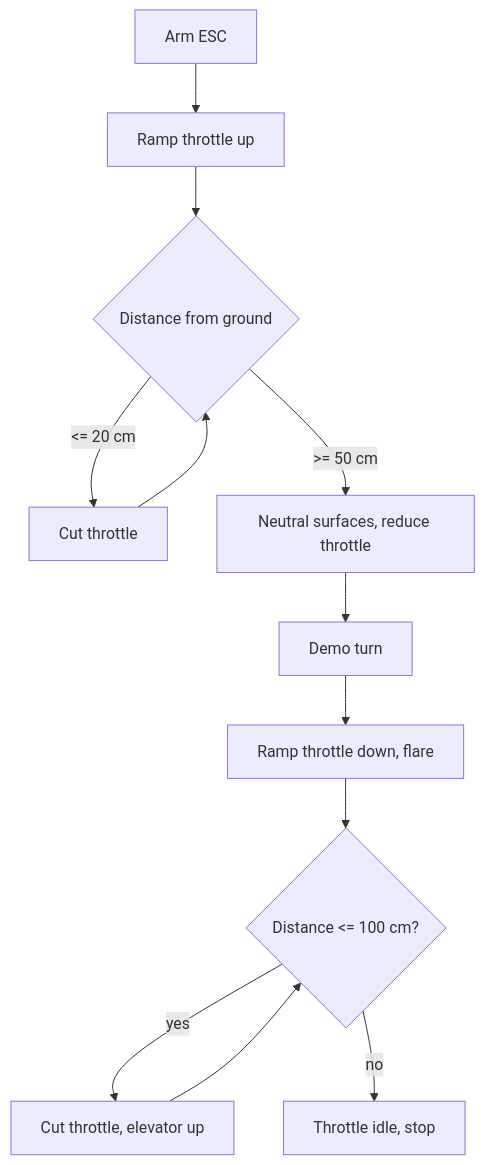
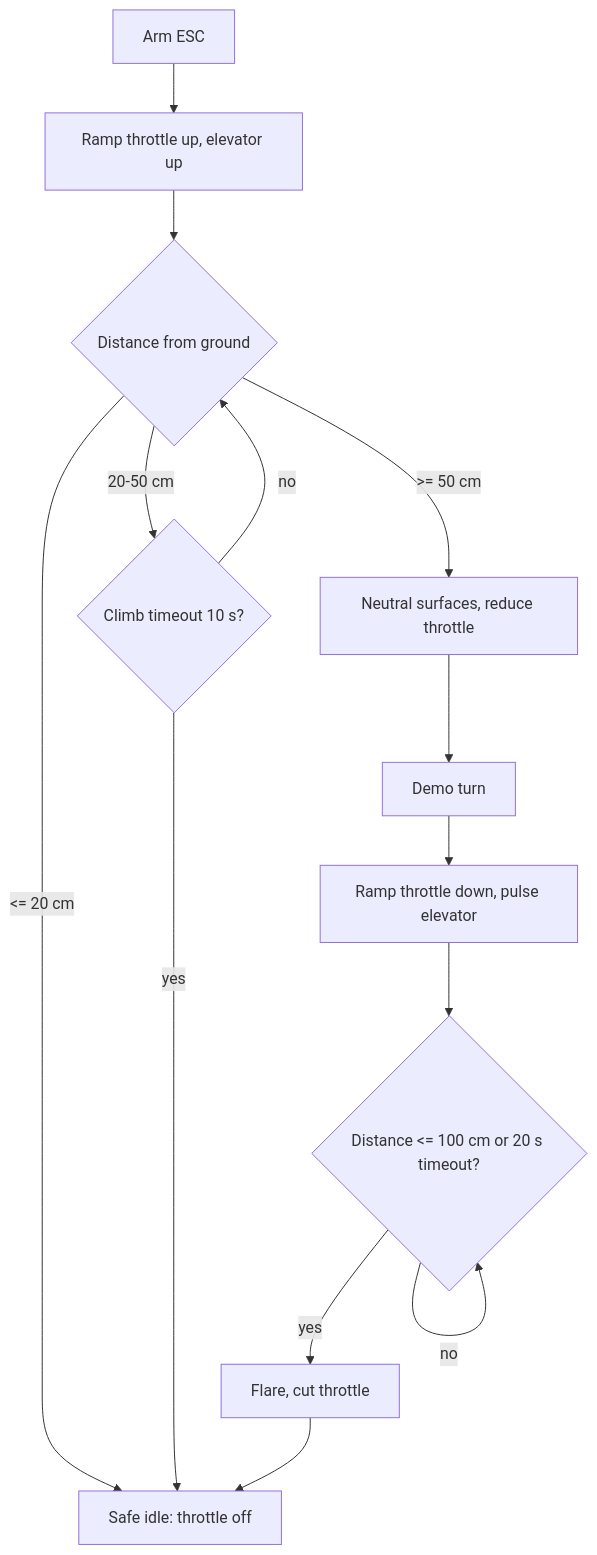
One commit to Swayam7024/Autopilot_rcplane- changed the diagram in README.md. Above: the diagram before and after it, drawn with Mermaid. The commit also changed other lines of this file and 1 other file, not shown here.

````diff
--- a/README.md
+++ b/README.md
@@ -60,14 +75,16 @@
 ```mermaid
 flowchart TD
-    A[Arm ESC] --> B[Ramp throttle up]
+    A[Arm ESC] --> B[Ramp throttle up, elevator up]
     B --> C{Distance from ground}
-    C -- "<= 20 cm" --> D[Cut throttle]
-    D --> C
+    C -- "<= 20 cm" --> X[Safe idle: throttle off]
+    C -- "20-50 cm" --> T{Climb timeout 10 s?}
+    T -- no --> C
+    T -- yes --> X
     C -- ">= 50 cm" --> E[Neutral surfaces, reduce throttle]
     E --> F[Demo turn]
-    F --> G[Ramp throttle down, flare]
-    G --> H{Distance <= 100 cm?}
-    H -- yes --> I[Cut throttle, elevator up]
-    I --> H
-    H -- no --> J[Throttle idle, stop]
+    F --> G[Ramp throttle down, pulse elevator]
+    G --> H{Distance <= 100 cm or 20 s timeout?}
+    H -- no --> H
+    H -- yes --> I[Flare, cut throttle]
+    I --> X
 ```
````
